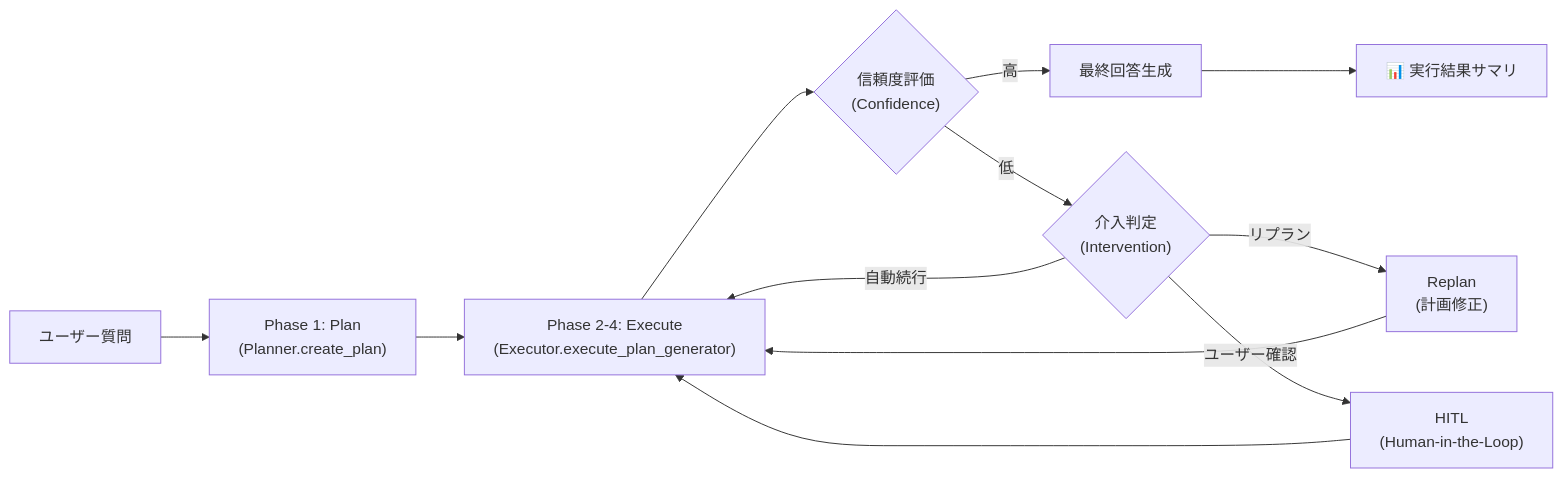
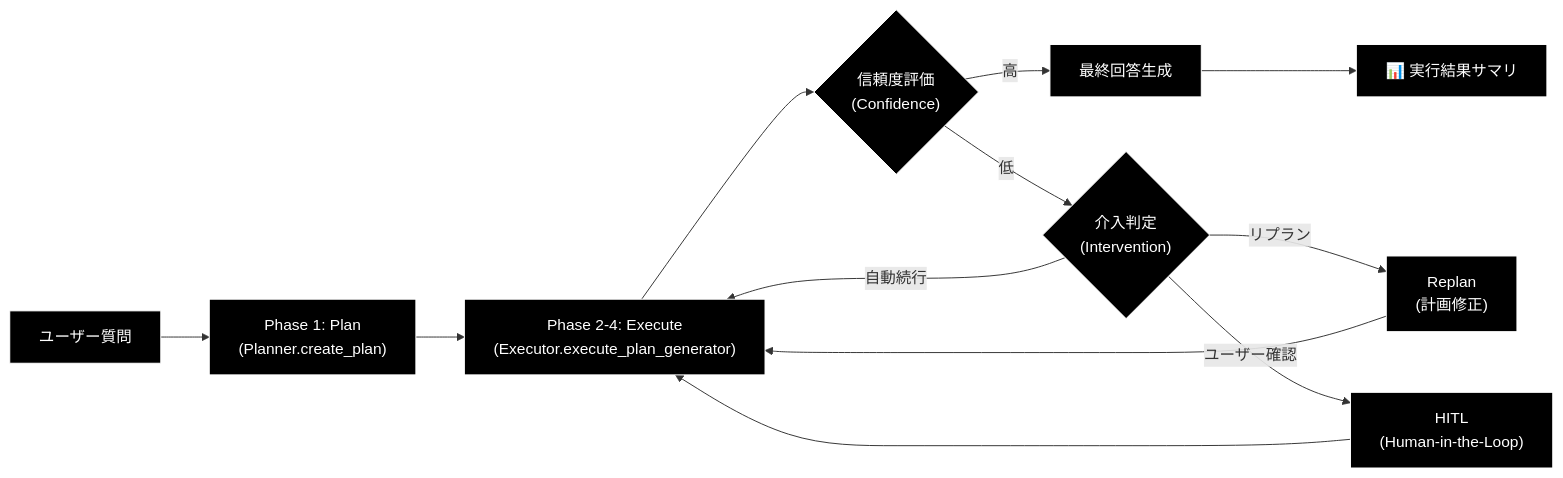
Before and after one commit to nakashima2toshio/ollama_grace_agent_v2: the second of 13 diagrams in README.md, drawn with Mermaid. The commit also changed other lines of this file, not shown here.

First line of the commit message:
docs(README): apply mandatory black-bg Mermaid style + fix grace_chat_page.py refs

````diff
--- a/README.md
+++ b/README.md
@@ -167,14 +177,17 @@
 ```mermaid
 flowchart LR
     Q["ユーザー質問"] --> P["Phase 1: Plan<br/>(Planner.create_plan)"]
     P --> E["Phase 2-4: Execute<br/>(Executor.execute_plan_generator)"]
     E --> C{"信頼度評価<br/>(Confidence)"}
     C -->|高| A["最終回答生成"]
     C -->|低| I{"介入判定<br/>(Intervention)"}
     I -->|自動続行| E
     I -->|リプラン| R["Replan<br/>(計画修正)"]
     R --> E
     I -->|ユーザー確認| H["HITL<br/>(Human-in-the-Loop)"]
     H --> E
     A --> D["📊 実行結果サマリ"]
+classDef default fill:#000,stroke:#fff,color:#fff
+classDef subgraphStyle fill:#1a1a1a,stroke:#fff,color:#fff
+class Q,P,E,C,A,I,R,H,D default
 ```
````
